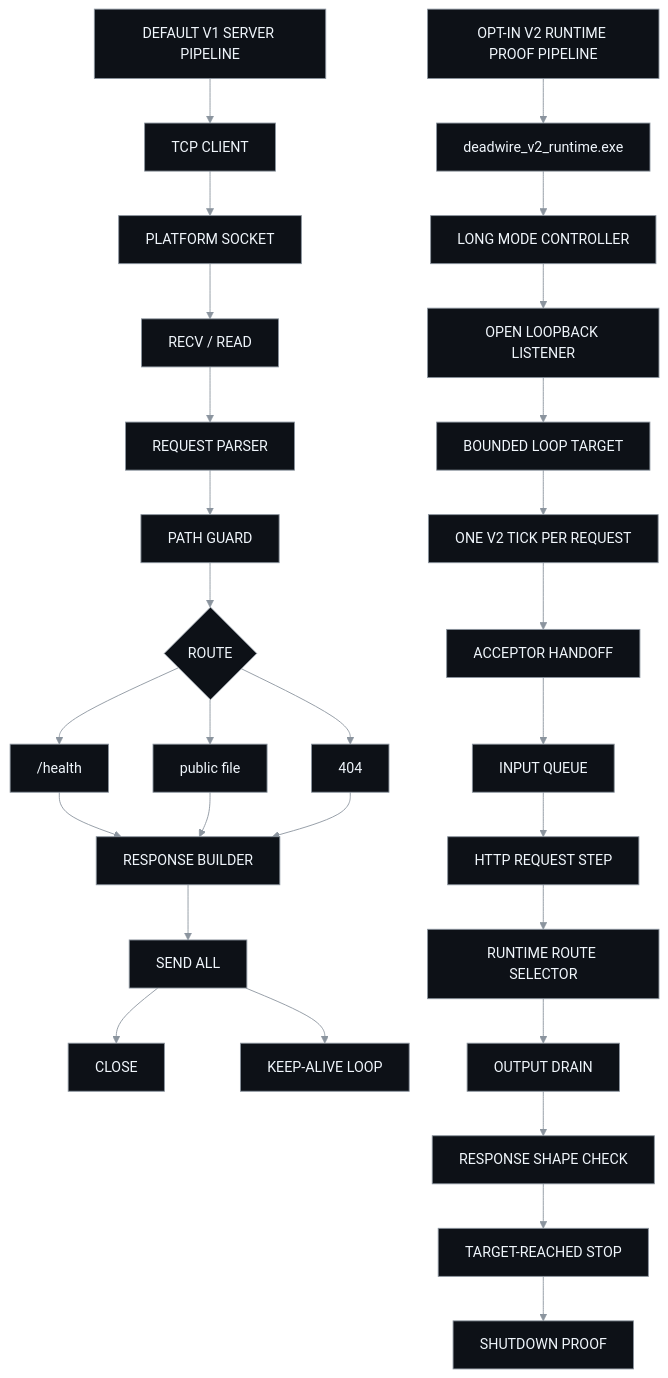
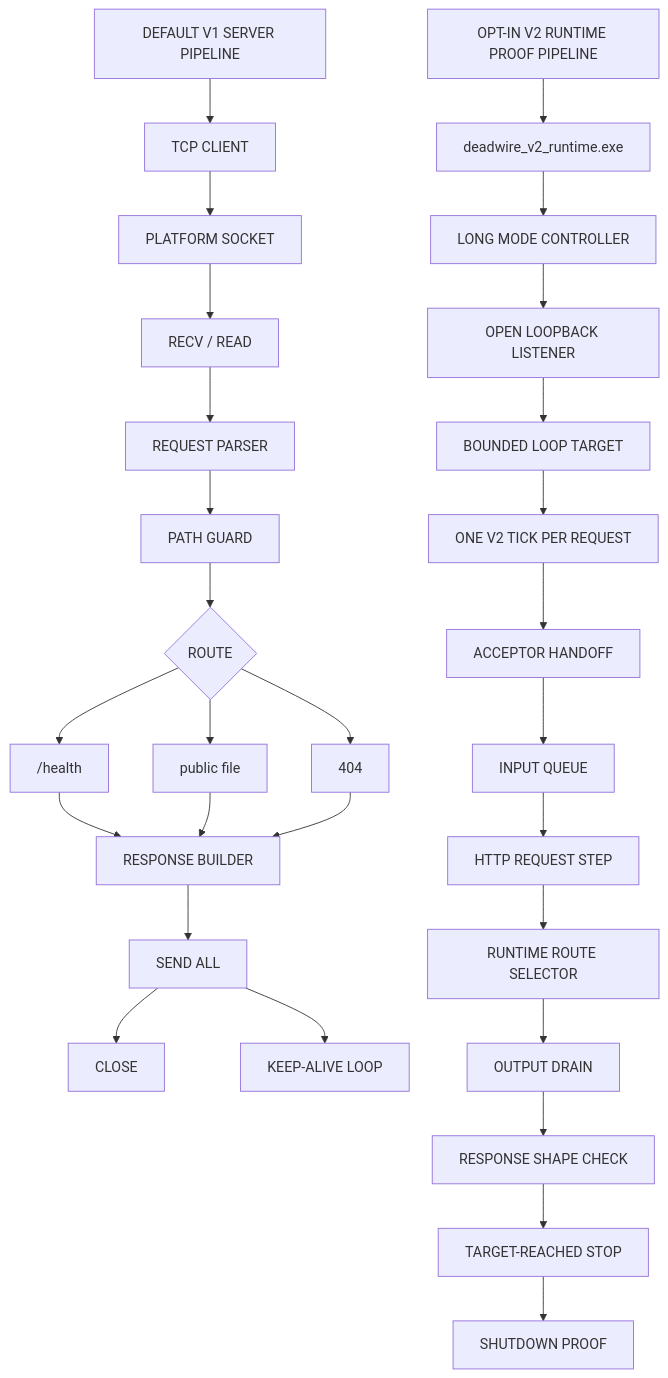
One commit to Deadbytes101/DEADWIRE-HTTPD changed the diagram in README.md. Above: the diagram before and after it, drawn with Mermaid.

Commit message:
docs: use plain mermaid pipeline theme

````diff
--- a/README.md
+++ b/README.md
@@ -35,42 +35,34 @@
 ```mermaid
-%%{init: {"theme": "base", "themeVariables": {"background": "transparent", "primaryColor": "#0d1117", "primaryTextColor": "#f0f6fc", "primaryBorderColor": "#8b949e", "lineColor": "#8b949e", "fontFamily": "monospace"}}}%%
 flowchart TD
     V1TITLE["DEFAULT V1 SERVER PIPELINE"]
     V1TITLE --> CLIENT["TCP CLIENT"]
     CLIENT --> SOCKET["PLATFORM SOCKET"]
     SOCKET --> RECV["RECV / READ"]
     RECV --> PARSE["REQUEST PARSER"]
     PARSE --> GUARD["PATH GUARD"]
     GUARD --> ROUTE{"ROUTE"}
     ROUTE --> HEALTH["/health"]
     ROUTE --> STATIC["public file"]
     ROUTE --> MISS["404"]
     HEALTH --> RESPONSE["RESPONSE BUILDER"]
     STATIC --> RESPONSE
     MISS --> RESPONSE
     RESPONSE --> SEND["SEND ALL"]
     SEND --> CLOSE["CLOSE"]
     SEND --> LOOP["KEEP-ALIVE LOOP"]
 
     V2TITLE["OPT-IN V2 RUNTIME PROOF PIPELINE"]
     V2TITLE --> V2BOOT["deadwire_v2_runtime.exe"]
     V2BOOT --> V2LONG["LONG MODE CONTROLLER"]
     V2LONG --> V2LIVE["OPEN LOOPBACK LISTENER"]
     V2LIVE --> V2COUNT["BOUNDED LOOP TARGET"]
     V2COUNT --> V2TICK["ONE V2 TICK PER REQUEST"]
     V2TICK --> V2ACCEPT["ACCEPTOR HANDOFF"]
     V2ACCEPT --> V2QUEUE["INPUT QUEUE"]
     V2QUEUE --> V2HTTP["HTTP REQUEST STEP"]
     V2HTTP --> V2ROUTE["RUNTIME ROUTE SELECTOR"]
     V2ROUTE --> V2OUT["OUTPUT DRAIN"]
     V2OUT --> V2CHECK["RESPONSE SHAPE CHECK"]
     V2CHECK --> V2STOP["TARGET-REACHED STOP"]
     V2STOP --> V2SHUT["SHUTDOWN PROOF"]
-
-    classDef node fill:#0d1117,stroke:#8b949e,color:#f0f6fc
-    classDef title fill:#0d1117,stroke:#8b949e,color:#f0f6fc
-    class CLIENT,SOCKET,RECV,PARSE,GUARD,HEALTH,STATIC,MISS,RESPONSE,SEND,CLOSE,LOOP node
-    class V2BOOT,V2LONG,V2LIVE,V2COUNT,V2TICK,V2ACCEPT,V2QUEUE,V2HTTP,V2ROUTE,V2OUT,V2CHECK,V2STOP,V2SHUT node
-    class ROUTE node
-    class V1TITLE,V2TITLE title
 ```
````
